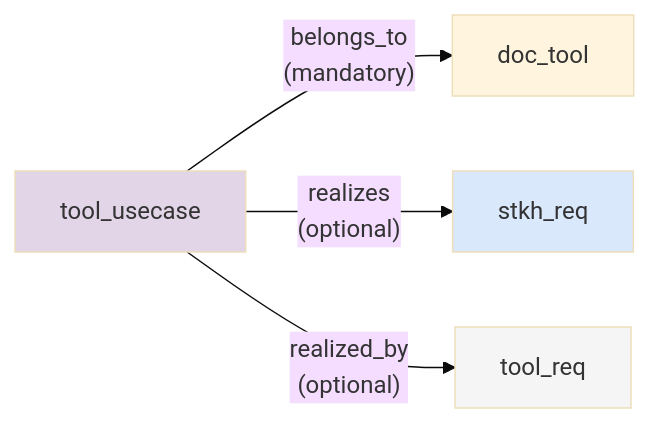
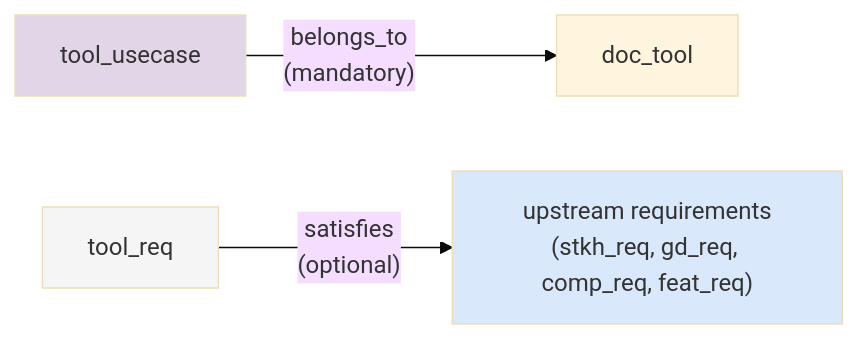
Before and after one commit to etas-contrib/score_docs-as-code: the fourth of 15 diagrams in docs/how-to/perform_tool_verification.md, drawn with Mermaid (base theme). The commit also changed other lines of this file and 7 other files, not shown here.

````diff
--- a/docs/how-to/perform_tool_verification.md
+++ b/docs/how-to/perform_tool_verification.md
@@ -211,15 +220,14 @@
 ```{mermaid}
 flowchart LR
-    STKH["stkh_req"]
+    UP["upstream requirements<br/>(stkh_req, gd_req, comp_req, feat_req)"]
     DT["doc_tool"]
     UC["tool_usecase"]
     TR["tool_req"]
 
     UC -->|"belongs_to<br/>(mandatory)"| DT
-    UC -->|"realizes<br/>(optional)"| STKH
-    UC -->|"realized_by<br/>(optional)"| TR
+    TR -->|"satisfies<br/>(optional)"| UP
 
-    style STKH fill:#DAE8FC
+    style UP fill:#DAE8FC
     style UC fill:#E1D5E7
     style TR fill:#F5F5F5
 ```
````
